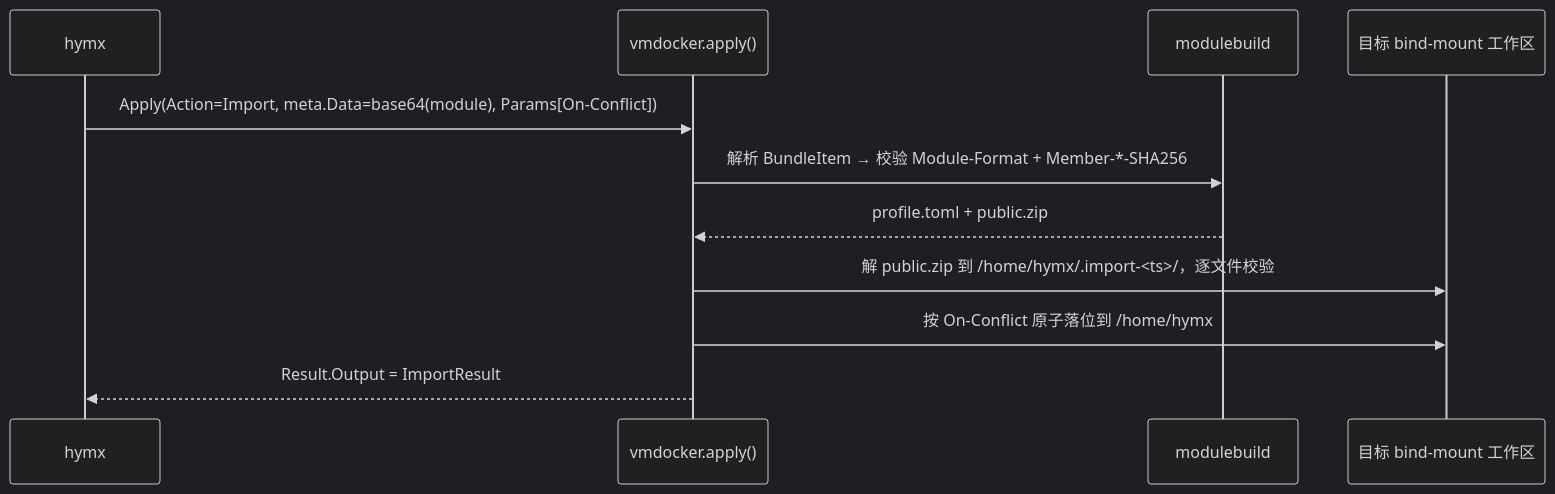
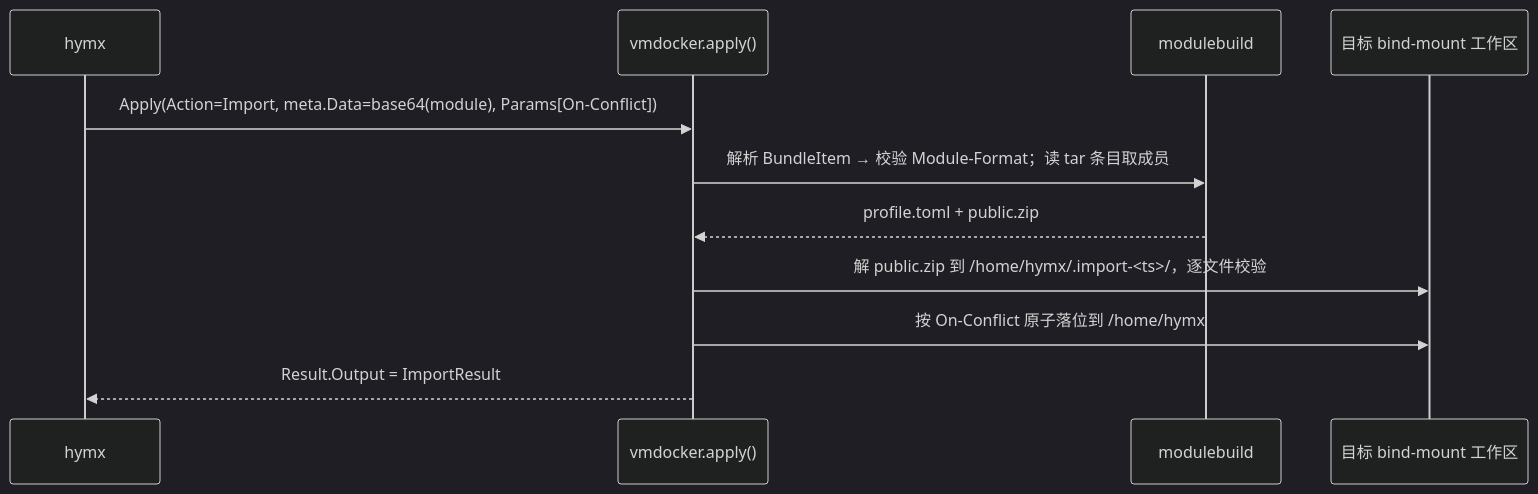
The fourth of 5 diagrams in docs/superpowers/specs/2026-06-16-vmdocker-capability-export-import-design.md (cryptowizard0/vmdocker_agent), drawn with Mermaid (dark theme) before and after one commit. The commit also changed other lines of this file, not shown here.

First line of the commit message:
Slim module tags: drop Module-Members and per-member profile/public sha

````diff
--- a/docs/superpowers/specs/2026-06-16-vmdocker-capability-export-import-design.md
+++ b/docs/superpowers/specs/2026-06-16-vmdocker-capability-export-import-design.md
@@ -331,14 +328,14 @@
 ```mermaid
 sequenceDiagram
     participant H as hymx
     participant V as vmdocker.apply()
     participant MB as modulebuild
     participant FS as 目标 bind-mount 工作区
 
     H->>V: Apply(Action=Import, meta.Data=base64(module), Params[On-Conflict])
-    V->>MB: 解析 BundleItem → 校验 Module-Format + Member-*-SHA256
+    V->>MB: 解析 BundleItem → 校验 Module-Format；读 tar 条目取成员
     MB-->>V: profile.toml + public.zip
     V->>FS: 解 public.zip 到 /home/hymx/.import-<ts>/，逐文件校验
     V->>FS: 按 On-Conflict 原子落位到 /home/hymx
     V-->>H: Result.Output = ImportResult
 ```
````
